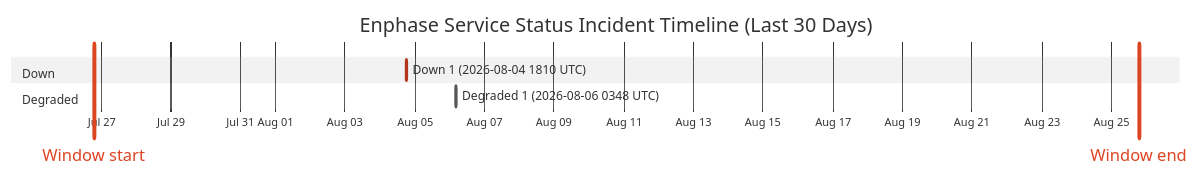
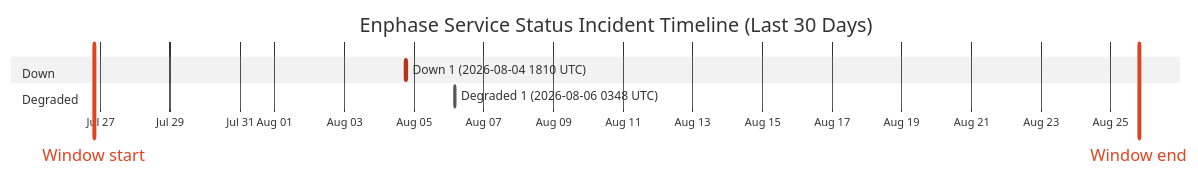
One commit to barneyonline/ha-enphase-energy changed the diagram in wiki/Service-Status-History.md. Above: the diagram before and after it, drawn with Mermaid (neutral theme). The commit also changed other lines of this file and 3 other files, not shown here.

````diff
--- a/wiki/Service-Status-History.md
+++ b/wiki/Service-Status-History.md
@@ -14,12 +14,12 @@
 ```mermaid
 gantt
     title Enphase Service Status Incident Timeline (Last 30 Days)
     dateFormat  YYYY-MM-DDTHH:mm:ss
     axisFormat  %b %d
-    Window start :vert, window-start, 2026-07-26T18:49:39, 0ms
-    Window end :vert, window-end, 2026-08-25T18:49:39, 0ms
+    Window start :vert, window-start, 2026-07-26T19:29:54, 0ms
+    Window end :vert, window-end, 2026-08-25T19:29:54, 0ms
     section Down
     Down 1 (2026-08-04 1810 UTC) :crit, down-1, 2026-08-04T18:10:46, 60m
     section Degraded
     Degraded 1 (2026-08-06 0348 UTC) :active, degraded-1, 2026-08-06T03:48:14, 60m
 ```
````
